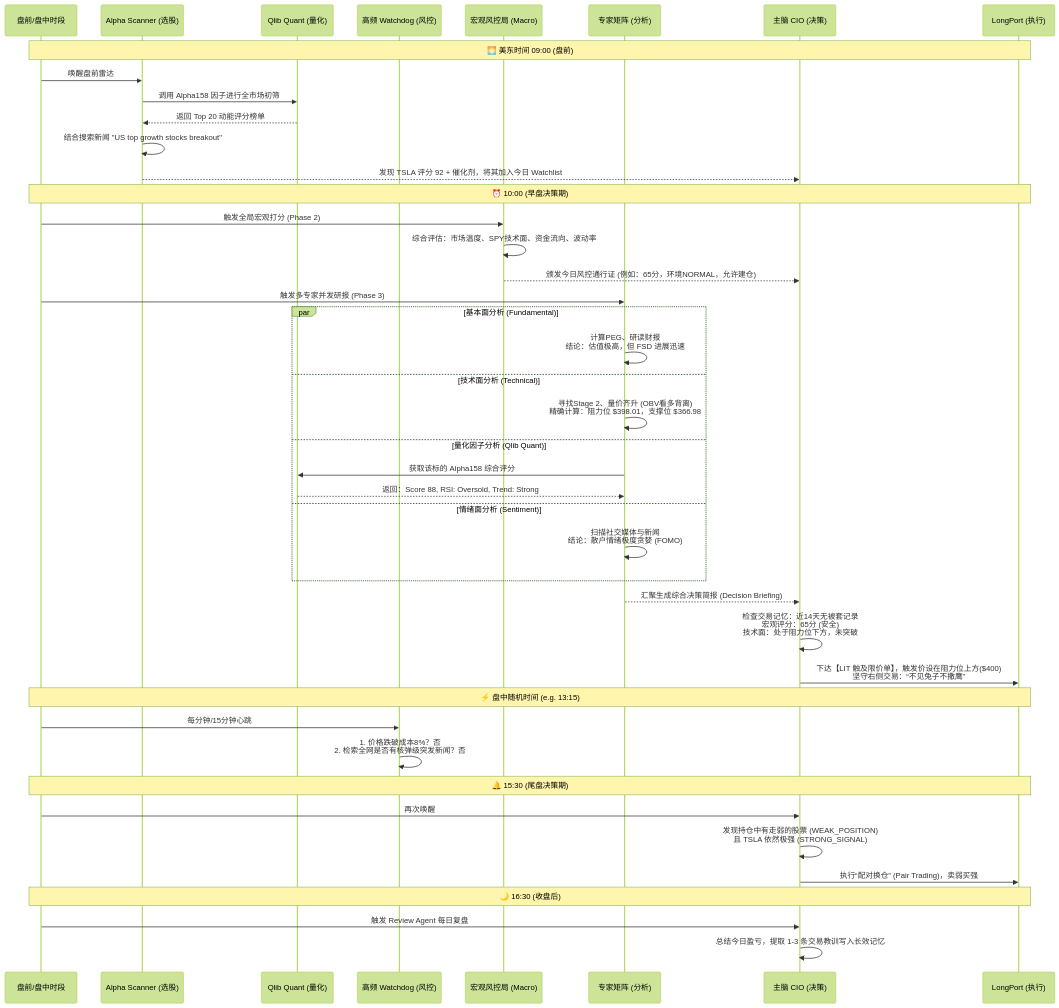
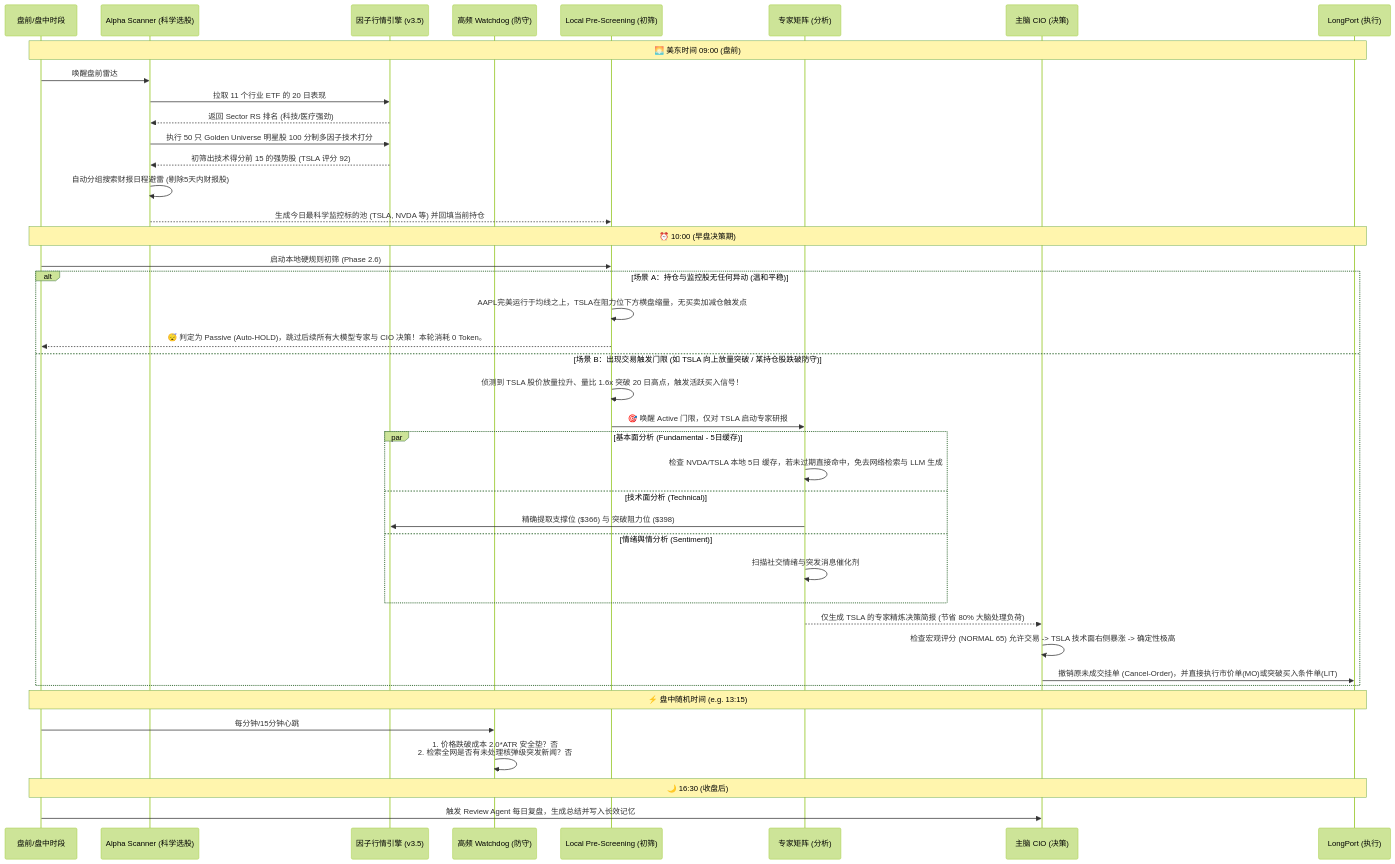
Before and after one commit to lsluqiye-lab/LP_agent: the second of 2 diagrams in README.md, drawn with Mermaid (forest theme). The commit also changed other lines of this file, not shown here.

Commit message:
docs: update README.md to v3.5 with top-down RS scanning and local pre-screening architectures

````diff
--- a/README.md
+++ b/README.md
@@ -110,54 +123,50 @@
 ```mermaid
 sequenceDiagram
     participant Time as 盘前/盘中时段
-    participant Phase0 as Alpha Scanner (选股)
-    participant Qlib as Qlib Quant (量化)
-    participant WD as 高频 Watchdog (风控)
-    participant Risk as 宏观风控局 (Macro)
+    participant Phase0 as Alpha Scanner (科学选股)
+    participant Quant as 因子行情引擎 (v3.5)
+    participant WD as 高频 Watchdog (防守)
+    participant Pre as Local Pre-Screening (初筛)
     participant Expert as 专家矩阵 (分析)
     participant CIO as 主脑 CIO (决策)
     participant Broker as LongPort (执行)
 
     Note over Time, Broker: 🌅 美东时间 09:00 (盘前)
     Time->>Phase0: 唤醒盘前雷达
-    Phase0->>Qlib: 调用 Alpha158 因子进行全市场初筛
-    Qlib-->>Phase0: 返回 Top 20 动能评分榜单
-    Phase0->>Phase0: 结合搜索新闻 "US top growth stocks breakout"
-    Phase0-->>CIO: 发现 TSLA 评分 92 + 催化剂，将其加入今日 Watchlist
+    Phase0->>Quant: 拉取 11 个行业 ETF 的 20 日表现
+    Quant-->>Phase0: 返回 Sector RS 排名 (科技/医疗强劲)
+    Phase0->>Quant: 执行 50 只 Golden Universe 明星股 100 分制多因子技术打分
+    Quant-->>Phase0: 初筛出技术得分前 15 的强势股 (TSLA 评分 92)
+    Phase0->>Phase0: 自动分组搜索财报日程避雷 (剔除5天内财报股)
+    Phase0-->>Pre: 生成今日最科学监控标的池 (TSLA, NVDA 等) 并回填当前持仓
 
     Note over Time, Broker: ⏰ 10:00 (早盘决策期)
-    Time->>Risk: 触发全局宏观打分 (Phase 2)
-    Risk->>Risk: 综合评估：市场温度、SPY技术面、资金流向、波动率
-    Risk-->>CIO: 颁发今日风控通行证 (例如：65分，环境NORMAL，允许建仓)
+    Time->>Pre: 启动本地硬规则初筛 (Phase 2.6)
     
-    Time->>Expert: 触发多专家并发研报 (Phase 3)
-    
-    par 基本面分析 (Fundamental)
-        Expert->>Expert: 计算PEG、研读财报<br/>结论：估值极高，但 FSD 进展迅速
-    and 技术面分析 (Technical)
-        Expert->>Expert: 寻找Stage 2、量价齐升 (OBV看多背离)<br/>精确计算：阻力位 $398.01，支撑位 $366.98
-    and 量化因子分析 (Qlib Quant)
-        Expert->>Qlib: 获取该标的 Alpha158 综合评分
-        Qlib-->>Expert: 返回：Score 88, RSI: Oversold, Trend: Strong
-    and 情绪面分析 (Sentiment)
-        Expert->>Expert: 扫描社交媒体与新闻<br/>结论：散户情绪极度贪婪 (FOMO)
+    alt 场景 A：持仓与监控股无任何异动 (温和平稳)
+        Pre->>Pre: AAPL完美运行于均线之上，TSLA在阻力位下方横盘缩量，无买卖加减仓触发点
+        Pre-->>Time: 😴 判定为 Passive (Auto-HOLD)，跳过后续所有大模型专家与 CIO 决策！本轮消耗 0 Token。
+    else 场景 B：出现交易触发门限 (如 TSLA 向上放量突破 / 某持仓股跌破防守)
+        Pre->>Pre: 侦测到 TSLA 股价放量拉升、量比 1.6x 突破 20 日高点，触发活跃买入信号！
+        Pre->>Expert: 🎯 唤醒 Active 门限，仅对 TSLA 启动专家研报
+        
+        par 基本面分析 (Fundamental - 5日缓存)
+            Expert->>Expert: 检查 NVDA/TSLA 本地 5日 缓存，若未过期直接命中，免去网络检索与 LLM 生成
+        and 技术面分析 (Technical)
+            Expert->>Quant: 精确提取支撑位 ($366) 与 突破阻力位 ($398)
+        and 情绪舆情分析 (Sentiment)
+            Expert->>Expert: 扫描社交情绪与突发消息催化剂
+        end
+        
+        Expert-->>CIO: 仅生成 TSLA 的专家精炼决策简报 (节省 80% 大脑处理负荷)
+        CIO->>CIO: 检查宏观评分 (NORMAL 65) 允许交易 -> TSLA 技术面右侧暴涨 -> 确定性极高
+        CIO->>Broker: 撤销原未成交挂单 (Cancel-Order)，并直接执行市价单(MO)或突破买入条件单(LIT)
     end
-    
-    Expert-->>CIO: 汇聚生成综合决策简报 (Decision Briefing)
-
-    CIO->>CIO: 检查交易记忆：近14天无被套记录<br/>宏观评分：65分 (安全)<br/>技术面：处于阻力位下方，未突破
-    CIO->>Broker: 下达【LIT 触及限价单】，触发价设在阻力位上方($400)<br/>坚守右侧交易：“不见兔子不撒鹰”
 
     Note over Time, Broker: ⚡ 盘中随机时间 (e.g. 13:15)
     Time->>WD: 每分钟/15分钟心跳
-    WD->>WD: 1. 价格跌破成本8%？否<br/>2. 检索全网是否有核弹级突发新闻？否
+    WD->>WD: 1. 价格跌破成本 2.0*ATR 安全垫？否<br/>2. 检索全网是否有未处理核弹级突发新闻？否
 
-    Note over Time, Broker: 🔔 15:30 (尾盘决策期)
-    Time->>CIO: 再次唤醒
-    CIO->>CIO: 发现持仓中有走弱的股票 (WEAK_POSITION)<br/>且 TSLA 依然极强 (STRONG_SIGNAL)
-    CIO->>Broker: 执行“配对换仓” (Pair Trading)，卖弱买强
-    
     Note over Time, Broker: 🌙 16:30 (收盘后)
-    Time->>CIO: 触发 Review Agent 每日复盘
-    CIO->>CIO: 总结今日盈亏，提取 1-3 条交易教训写入长效记忆
+    Time->>CIO: 触发 Review Agent 每日复盘，生成总结并写入长效记忆
 ```
````
